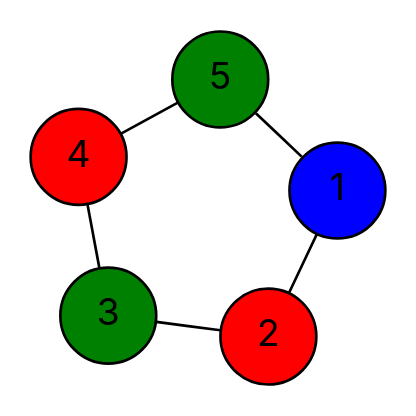
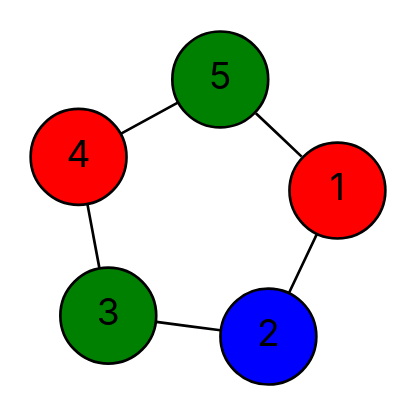
One commit to vercah/vertex-coloring changed the diagram in data/final-dots/easy-03-parallel.dot. Above: the diagram before and after it, drawn with Graphviz. The commit also changed 113 other files, not shown here.

```diff
--- a/data/final-dots/easy-03-parallel.dot
+++ b/data/final-dots/easy-03-parallel.dot
@@ -1,16 +1,16 @@
 graph G {
   layout=neato;
   overlap=false;
   splines=true;
   node [shape=circle, style=filled, fontname=Inter];
-  1 [label="1", fillcolor="blue", tooltip="v1 color 2"];
-  2 [label="2", fillcolor="red", tooltip="v2 color 0"];
+  1 [label="1", fillcolor="red", tooltip="v1 color 0"];
+  2 [label="2", fillcolor="blue", tooltip="v2 color 2"];
   3 [label="3", fillcolor="green", tooltip="v3 color 1"];
   4 [label="4", fillcolor="red", tooltip="v4 color 0"];
   5 [label="5", fillcolor="green", tooltip="v5 color 1"];
   1 -- 2;
   1 -- 5;
   2 -- 3;
   3 -- 4;
   4 -- 5;
 }
```
